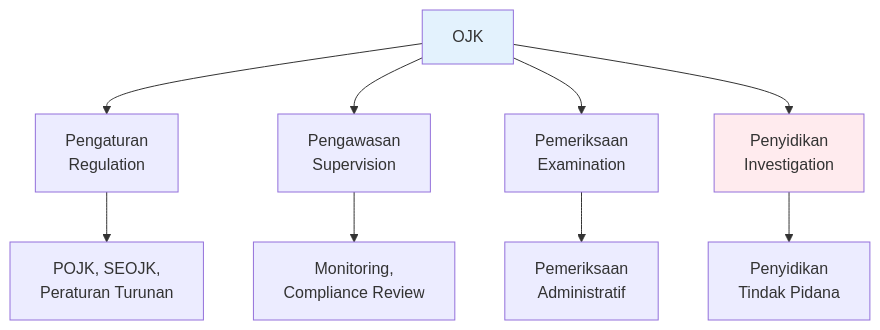
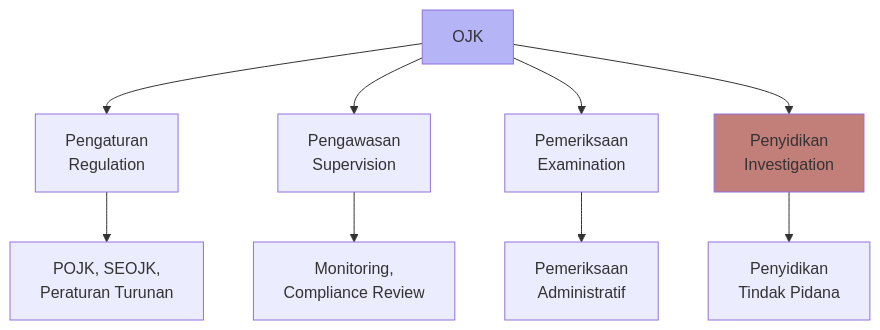
Before and after one commit to hifdzimaulana/beate-vivere: the seventh of 12 diagrams in content/Lectures/uas-pasmod.md, drawn with Mermaid. The commit also changed other lines of this file, not shown here.

````diff
--- a/content/Lectures/uas-pasmod.md
+++ b/content/Lectures/uas-pasmod.md
@@ -774,15 +800,15 @@
 ```mermaid
 graph TD
     OJK[OJK] --> REG[Pengaturan<br/>Regulation]
     OJK --> AWAS[Pengawasan<br/>Supervision]
     OJK --> PERIKSA[Pemeriksaan<br/>Examination]
     OJK --> SIDIK[Penyidikan<br/>Investigation]
     
     REG --> A[POJK, SEOJK,<br/>Peraturan Turunan]
     AWAS --> B[Monitoring,<br/>Compliance Review]
     PERIKSA --> C[Pemeriksaan<br/>Administratif]
     SIDIK --> D[Penyidikan<br/>Tindak Pidana]
     
-    style OJK fill:#e3f2fd
-    style SIDIK fill:#ffebee
+    style OJK fill:#B4B4F6
+    style SIDIK fill:#C27e79
 ```
````
